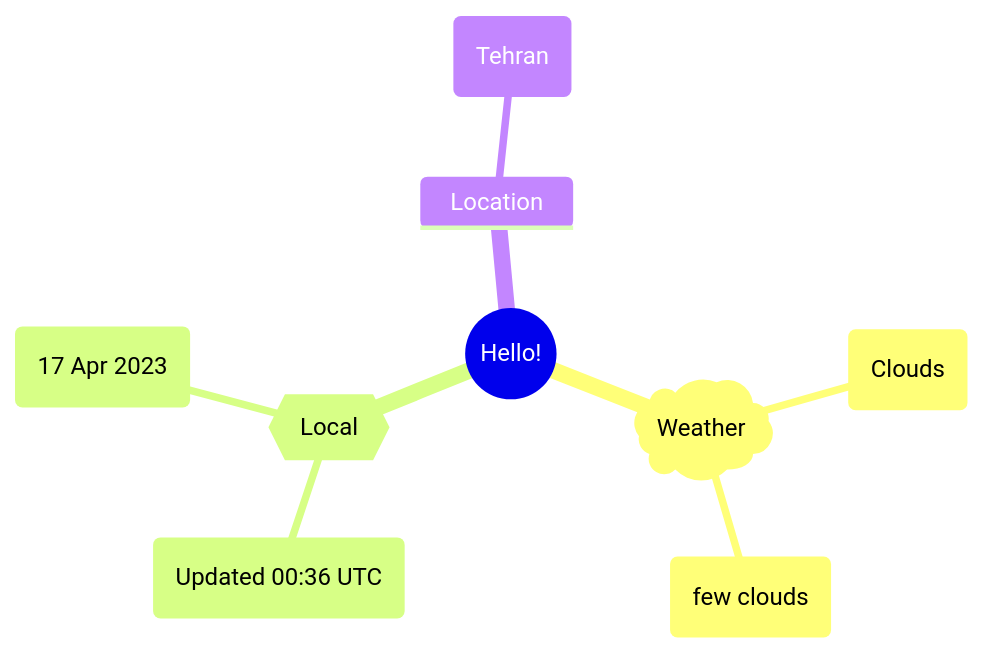
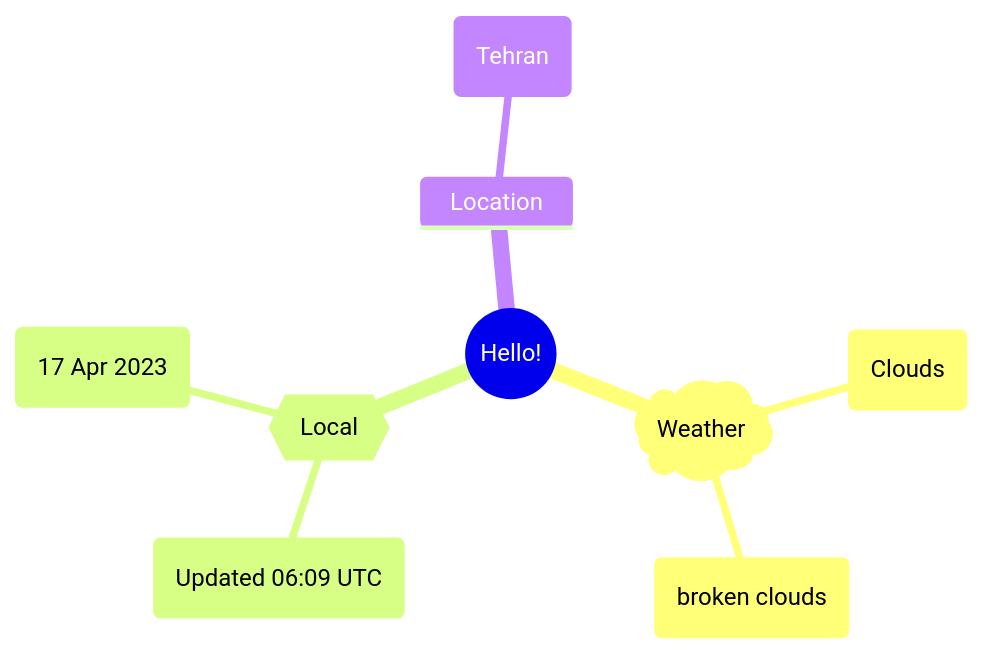
One commit to Xosrov/Xosrov changed the first of 2 diagrams in README.md. Above: the diagram before and after it, drawn with Mermaid.

Commit message:
[bot] updated images

````diff
--- a/README.md
+++ b/README.md
@@ -3,12 +3,12 @@
 ```mermaid
 mindmap
   root((Hello!))
     )Weather(
         (Clouds)
-        (few clouds)
+        (broken clouds)
     {{Local}}
-        (Updated 00:36 UTC)
+        (Updated 06:09 UTC)
         (17 Apr 2023)
     Location
         (Tehran)
 ```
````
